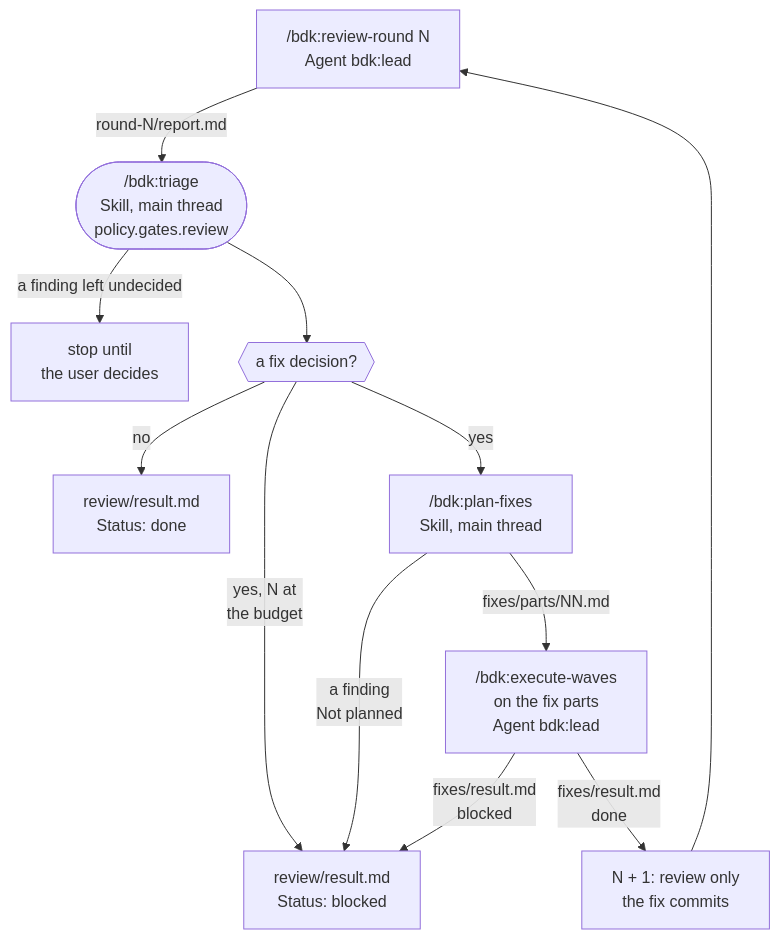
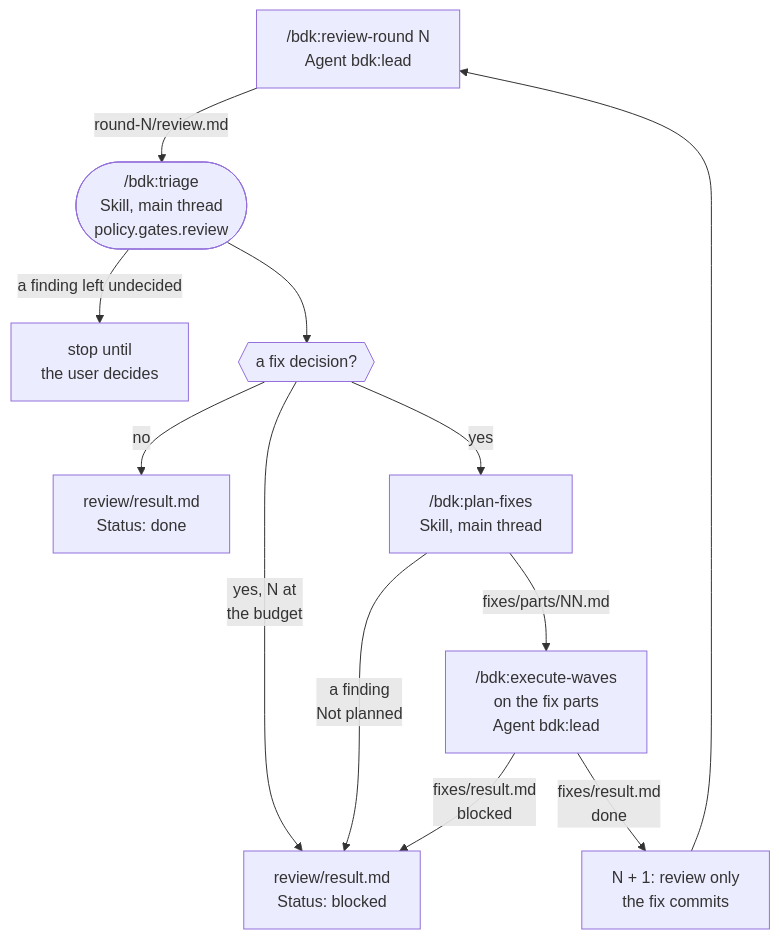
The tenth of 15 diagrams in docs/concepts/orchestrators.md (broneq/bdk), drawn with Mermaid before and after one commit. The commit also changed other lines of this file and 93 other files, not shown here.

First line of the commit message:
feat(bdk)!: rename the review round record to review.md

````diff
--- a/docs/concepts/orchestrators.md
+++ b/docs/concepts/orchestrators.md
@@ -186,15 +186,15 @@
 ```mermaid
 flowchart TB
-  RND["/bdk:review-round N<br/>Agent bdk:lead"] -->|"round-N/report.md"| TRI
+  RND["/bdk:review-round N<br/>Agent bdk:lead"] -->|"round-N/review.md"| TRI
   TRI(["/bdk:triage<br/>Skill, main thread<br/>policy.gates.review"])
   TRI -->|"a finding left undecided"| WAITU["stop until<br/>the user decides"]
   TRI --> FIX{{"a fix decision?"}}
   FIX -->|"no"| OK["review/result.md<br/>Status: done"]
   FIX -->|"yes, N at<br/>the budget"| BLK["review/result.md<br/>Status: blocked"]
   FIX -->|"yes"| PF["/bdk:plan-fixes<br/>Skill, main thread"]
   PF -->|"a finding<br/>Not planned"| BLK
   PF -->|"fixes/parts/NN.md"| FP["/bdk:execute-waves<br/>on the fix parts<br/>Agent bdk:lead"]
   FP -->|"fixes/result.md<br/>blocked"| BLK
   FP -->|"fixes/result.md<br/>done"| NEXT["N + 1: review only<br/>the fix commits"]
   NEXT --> RND
 ```
````
